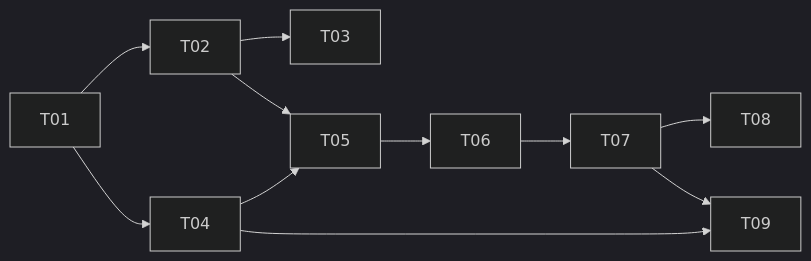
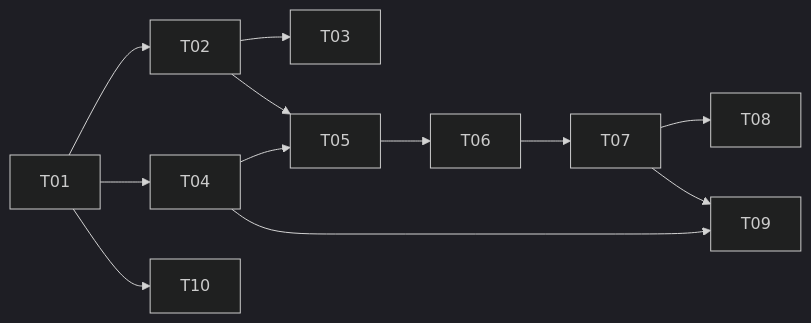
Before and after one commit to HeliosPersonal/jobhunter: the diagram in docs/features/f7-preference-learning/tasks/tracker.md, drawn with Mermaid (dark theme). The commit also changed other lines of this file and 16 other files, not shown here.

````diff
--- a/docs/features/f7-preference-learning/tasks/tracker.md
+++ b/docs/features/f7-preference-learning/tasks/tracker.md
@@ -46,8 +54,9 @@
 ```mermaid
 graph LR
   T01 --> T02 --> T03
   T01 --> T04 --> T05 --> T06 --> T07 --> T08
   T02 --> T05
   T04 --> T09
   T07 --> T09
+  T01 --> T10
 ```
````
